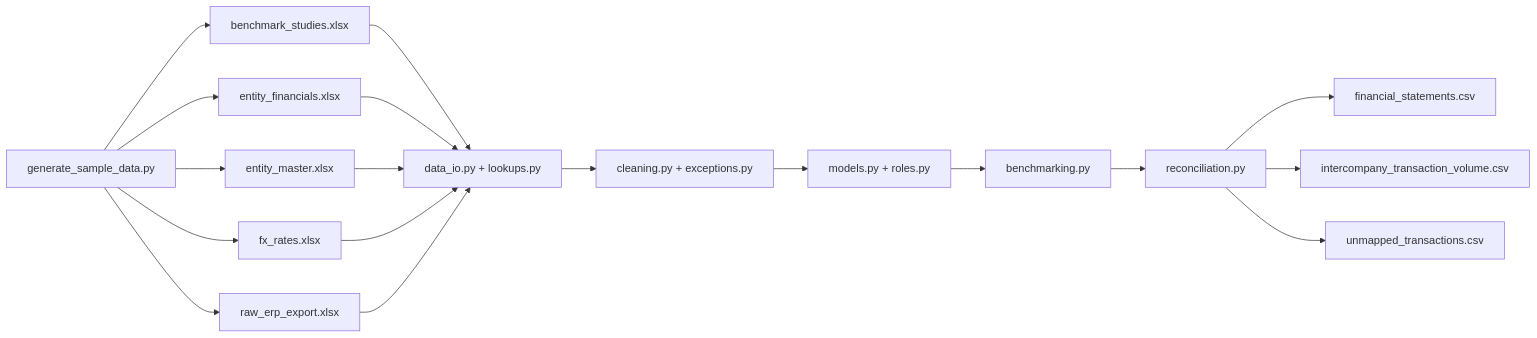
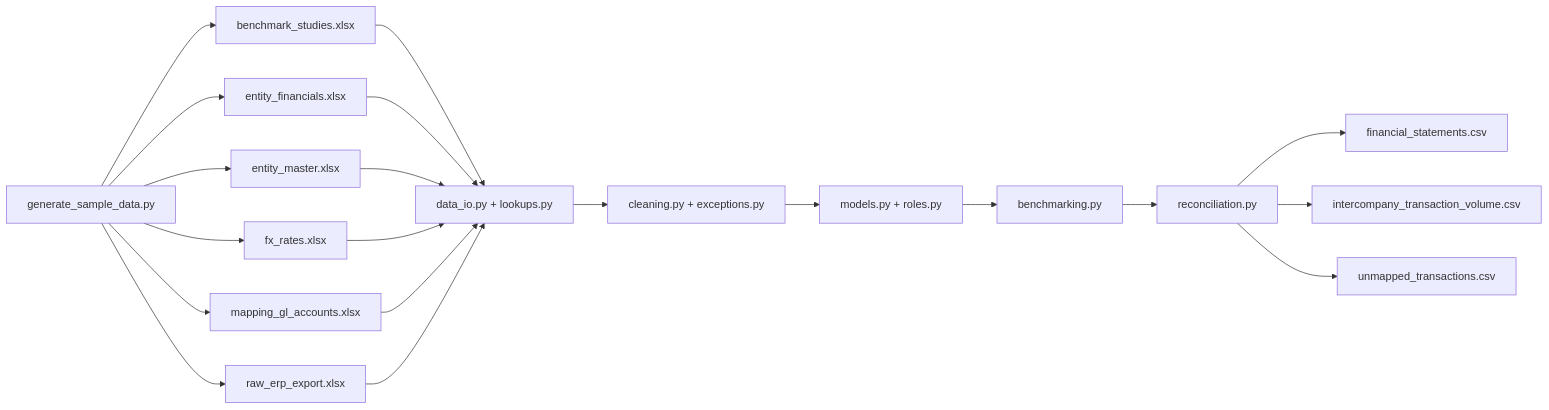
Before and after one commit to anhthotruong95-droid/transfer-pricing-pipeline: the diagram in README.md, drawn with Mermaid. The commit also changed other lines of this file, not shown here.

Commit message:
Update README to reflect 6 Excel files instead of 5

````diff
--- a/README.md
+++ b/README.md
@@ -56,23 +56,25 @@
 ```mermaid
 flowchart LR
     GENERATE_DATA["generate_sample_data.py"] --> EXCEL1["benchmark_studies.xlsx"]
     GENERATE_DATA["generate_sample_data.py"] --> EXCEL2["entity_financials.xlsx"]
     GENERATE_DATA["generate_sample_data.py"] --> EXCEL3["entity_master.xlsx"]
     GENERATE_DATA["generate_sample_data.py"] --> EXCEL4["fx_rates.xlsx"]
-    GENERATE_DATA["generate_sample_data.py"] --> EXCEL5["raw_erp_export.xlsx"]
+    GENERATE_DATA["generate_sample_data.py"] --> EXCEL5["mapping_gl_accounts.xlsx"]
+    GENERATE_DATA["generate_sample_data.py"] --> EXCEL6["raw_erp_export.xlsx"]
 
     EXCEL1 --> DATAIO_LOOKUPS["data_io.py + lookups.py"]
     EXCEL2 --> DATAIO_LOOKUPS
     EXCEL3 --> DATAIO_LOOKUPS
     EXCEL4 --> DATAIO_LOOKUPS
     EXCEL5 --> DATAIO_LOOKUPS
+    EXCEL6 --> DATAIO_LOOKUPS
 
     DATAIO_LOOKUPS --> CLEANING["cleaning.py + exceptions.py"]
     CLEANING --> MODELS_ROLES["models.py + roles.py"]
     MODELS_ROLES --> BENCHMARKING["benchmarking.py"]
     BENCHMARKING --> RECONCILATION["reconciliation.py"]
 
     RECONCILATION --> CSV1["financial_statements.csv"]
     RECONCILATION --> CSV2["intercompany_transaction_volume.csv"]
     RECONCILATION --> CSV3["unmapped_transactions.csv"]
 ```
````
